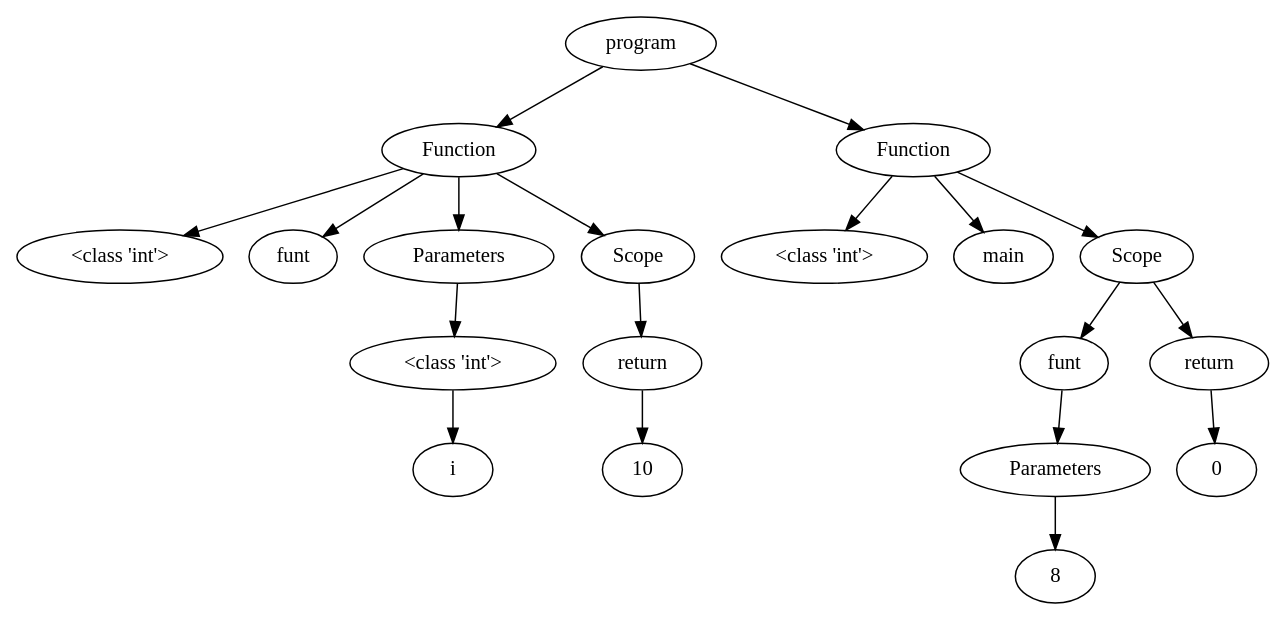
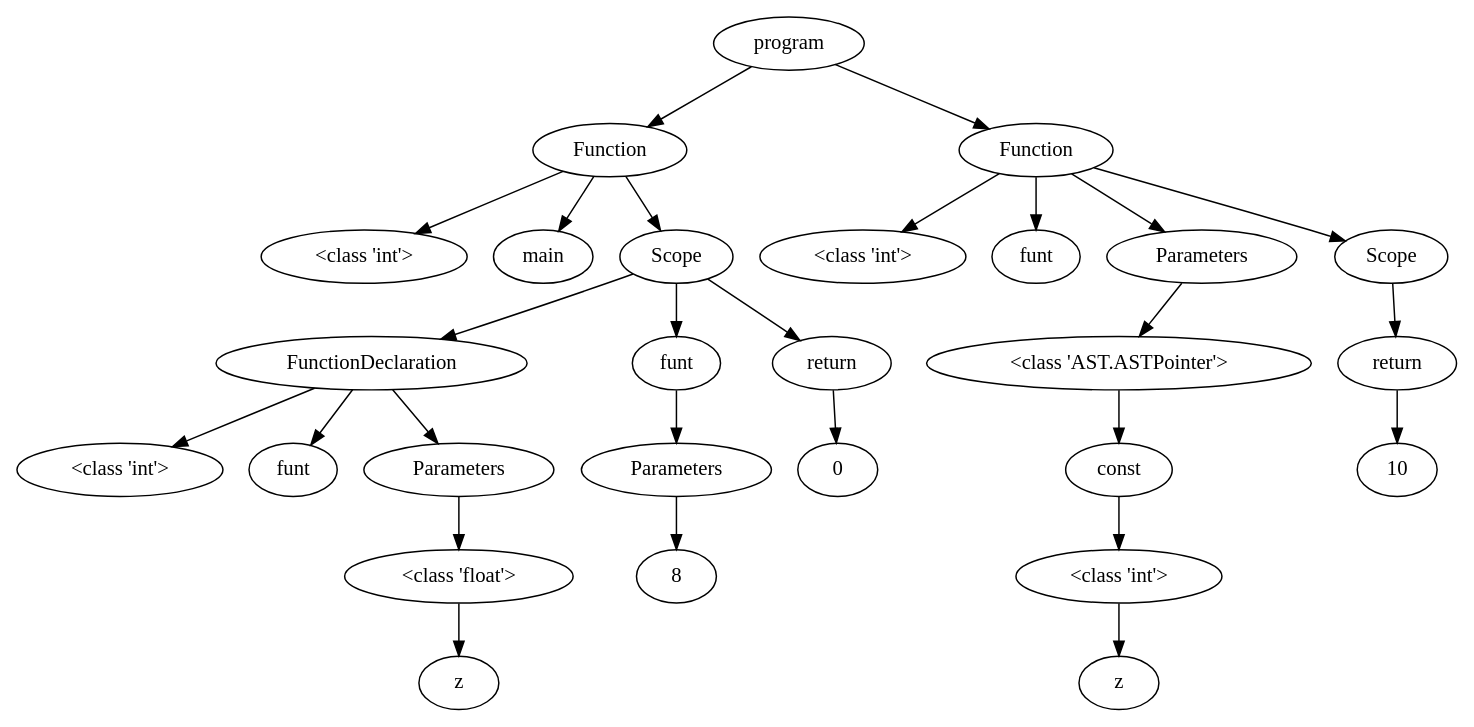
Before and after one commit to NielsVandenBroeck/COMP_Compiler: the diagram in OutputFiles/dotVisualization.dot, drawn with Graphviz. The commit also changed 2 other files, not shown here.

Commit message:
forward declaration

```diff
--- a/OutputFiles/dotVisualization.dot
+++ b/OutputFiles/dotVisualization.dot
@@ -1,49 +1,70 @@
 digraph G { 
-"<AST.AST object at 0x0000017E8E4C47C0> (0)"[label="program"]
-"<AST.ASTFunction object at 0x0000017E8E4C4A30> (1)"[label="Function"]
-"<AST.AST object at 0x0000017E8E4C47C0> (0)"->"<AST.ASTFunction object at 0x0000017E8E4C4A30> (1)"
-"<AST.ASTFunction object at 0x0000017E8E4C4A30> (1)"[label="Function"]
-"<AST.ASTDataType object at 0x0000017E8E4C41C0> (2)"[label="<class 'int'>"]
-"<AST.ASTFunction object at 0x0000017E8E4C4A30> (1)"->"<AST.ASTDataType object at 0x0000017E8E4C41C0> (2)"
-"<AST.ASTFunctionName object at 0x0000017E8E4C4550> (2)"[label="funt"]
-"<AST.ASTFunction object at 0x0000017E8E4C4A30> (1)"->"<AST.ASTFunctionName object at 0x0000017E8E4C4550> (2)"
-"<AST.ASTParameters object at 0x0000017E8E4C46D0> (2)"[label="Parameters"]
-"<AST.ASTFunction object at 0x0000017E8E4C4A30> (1)"->"<AST.ASTParameters object at 0x0000017E8E4C46D0> (2)"
-"<AST.ASTParameters object at 0x0000017E8E4C46D0> (2)"[label="Parameters"]
-"<AST.ASTDataType object at 0x0000017E8E4C4C10> (3)"[label="<class 'int'>"]
-"<AST.ASTParameters object at 0x0000017E8E4C46D0> (2)"->"<AST.ASTDataType object at 0x0000017E8E4C4C10> (3)"
-"<AST.ASTDataType object at 0x0000017E8E4C4C10> (3)"[label="<class 'int'>"]
-"<AST.ASTVariable object at 0x0000017E8E4C4970> (4)"[label="i"]
-"<AST.ASTDataType object at 0x0000017E8E4C4C10> (3)"->"<AST.ASTVariable object at 0x0000017E8E4C4970> (4)"
-"<AST.ASTScope object at 0x0000017E8E4C4A90> (2)"[label="Scope"]
-"<AST.ASTFunction object at 0x0000017E8E4C4A30> (1)"->"<AST.ASTScope object at 0x0000017E8E4C4A90> (2)"
-"<AST.ASTScope object at 0x0000017E8E4C4A90> (2)"[label="Scope"]
-"<AST.ASTReturn object at 0x0000017E8E4C4520> (3)"[label="return"]
-"<AST.ASTScope object at 0x0000017E8E4C4A90> (2)"->"<AST.ASTReturn object at 0x0000017E8E4C4520> (3)"
-"<AST.ASTReturn object at 0x0000017E8E4C4520> (3)"[label="return"]
-"<AST.AST object at 0x0000017E8E4C4190> (4)"[label="10"]
-"<AST.ASTReturn object at 0x0000017E8E4C4520> (3)"->"<AST.AST object at 0x0000017E8E4C4190> (4)"
-"<AST.ASTFunction object at 0x0000017E8E4C4700> (1)"[label="Function"]
-"<AST.AST object at 0x0000017E8E4C47C0> (0)"->"<AST.ASTFunction object at 0x0000017E8E4C4700> (1)"
-"<AST.ASTFunction object at 0x0000017E8E4C4700> (1)"[label="Function"]
-"<AST.ASTDataType object at 0x0000017E8E4C4A00> (2)"[label="<class 'int'>"]
-"<AST.ASTFunction object at 0x0000017E8E4C4700> (1)"->"<AST.ASTDataType object at 0x0000017E8E4C4A00> (2)"
-"<AST.ASTFunctionName object at 0x0000017E8E4C4160> (2)"[label="main"]
-"<AST.ASTFunction object at 0x0000017E8E4C4700> (1)"->"<AST.ASTFunctionName object at 0x0000017E8E4C4160> (2)"
-"<AST.ASTScope object at 0x0000017E8E4C4070> (2)"[label="Scope"]
-"<AST.ASTFunction object at 0x0000017E8E4C4700> (1)"->"<AST.ASTScope object at 0x0000017E8E4C4070> (2)"
-"<AST.ASTScope object at 0x0000017E8E4C4070> (2)"[label="Scope"]
-"<AST.ASTFunctionName object at 0x0000017E8E4C4940> (3)"[label="funt"]
-"<AST.ASTScope object at 0x0000017E8E4C4070> (2)"->"<AST.ASTFunctionName object at 0x0000017E8E4C4940> (3)"
-"<AST.ASTFunctionName object at 0x0000017E8E4C4940> (3)"[label="funt"]
-"<AST.ASTParameters object at 0x0000017E8E4C4310> (4)"[label="Parameters"]
-"<AST.ASTFunctionName object at 0x0000017E8E4C4940> (3)"->"<AST.ASTParameters object at 0x0000017E8E4C4310> (4)"
-"<AST.ASTParameters object at 0x0000017E8E4C4310> (4)"[label="Parameters"]
-"<AST.AST object at 0x0000017E8E4C42E0> (5)"[label="8"]
-"<AST.ASTParameters object at 0x0000017E8E4C4310> (4)"->"<AST.AST object at 0x0000017E8E4C42E0> (5)"
-"<AST.ASTReturn object at 0x0000017E8E4C44C0> (3)"[label="return"]
-"<AST.ASTScope object at 0x0000017E8E4C4070> (2)"->"<AST.ASTReturn object at 0x0000017E8E4C44C0> (3)"
-"<AST.ASTReturn object at 0x0000017E8E4C44C0> (3)"[label="return"]
-"<AST.AST object at 0x0000017E8E4C4AF0> (4)"[label="0"]
-"<AST.ASTReturn object at 0x0000017E8E4C44C0> (3)"->"<AST.AST object at 0x0000017E8E4C4AF0> (4)"
+"<AST.AST object at 0x00000196DCC918E0> (0)"[label="program"]
+"<AST.ASTFunction object at 0x00000196DCC91BB0> (1)"[label="Function"]
+"<AST.AST object at 0x00000196DCC918E0> (0)"->"<AST.ASTFunction object at 0x00000196DCC91BB0> (1)"
+"<AST.ASTFunction object at 0x00000196DCC91BB0> (1)"[label="Function"]
+"<AST.ASTDataType object at 0x00000196DCC91670> (2)"[label="<class 'int'>"]
+"<AST.ASTFunction object at 0x00000196DCC91BB0> (1)"->"<AST.ASTDataType object at 0x00000196DCC91670> (2)"
+"<AST.ASTFunctionName object at 0x00000196DCC91D60> (2)"[label="main"]
+"<AST.ASTFunction object at 0x00000196DCC91BB0> (1)"->"<AST.ASTFunctionName object at 0x00000196DCC91D60> (2)"
+"<AST.ASTScope object at 0x00000196DCC915E0> (2)"[label="Scope"]
+"<AST.ASTFunction object at 0x00000196DCC91BB0> (1)"->"<AST.ASTScope object at 0x00000196DCC915E0> (2)"
+"<AST.ASTScope object at 0x00000196DCC915E0> (2)"[label="Scope"]
+"<AST.ASTForwardDeclaration object at 0x00000196DCC91610> (3)"[label="FunctionDeclaration"]
+"<AST.ASTScope object at 0x00000196DCC915E0> (2)"->"<AST.ASTForwardDeclaration object at 0x00000196DCC91610> (3)"
+"<AST.ASTForwardDeclaration object at 0x00000196DCC91610> (3)"[label="FunctionDeclaration"]
+"<AST.ASTDataType object at 0x00000196DCC911F0> (4)"[label="<class 'int'>"]
+"<AST.ASTForwardDeclaration object at 0x00000196DCC91610> (3)"->"<AST.ASTDataType object at 0x00000196DCC911F0> (4)"
+"<AST.ASTFunctionName object at 0x00000196DCC91370> (4)"[label="funt"]
+"<AST.ASTForwardDeclaration object at 0x00000196DCC91610> (3)"->"<AST.ASTFunctionName object at 0x00000196DCC91370> (4)"
+"<AST.ASTParameters object at 0x00000196DCC91640> (4)"[label="Parameters"]
+"<AST.ASTForwardDeclaration object at 0x00000196DCC91610> (3)"->"<AST.ASTParameters object at 0x00000196DCC91640> (4)"
+"<AST.ASTParameters object at 0x00000196DCC91640> (4)"[label="Parameters"]
+"<AST.ASTDataType object at 0x00000196DCC91BE0> (5)"[label="<class 'float'>"]
+"<AST.ASTParameters object at 0x00000196DCC91640> (4)"->"<AST.ASTDataType object at 0x00000196DCC91BE0> (5)"
+"<AST.ASTDataType object at 0x00000196DCC91BE0> (5)"[label="<class 'float'>"]
+"<AST.ASTVariable object at 0x00000196DCC91190> (6)"[label="z"]
+"<AST.ASTDataType object at 0x00000196DCC91BE0> (5)"->"<AST.ASTVariable object at 0x00000196DCC91190> (6)"
+"<AST.ASTFunctionName object at 0x00000196DCC911C0> (3)"[label="funt"]
+"<AST.ASTScope object at 0x00000196DCC915E0> (2)"->"<AST.ASTFunctionName object at 0x00000196DCC911C0> (3)"
+"<AST.ASTFunctionName object at 0x00000196DCC911C0> (3)"[label="funt"]
+"<AST.ASTParameters object at 0x00000196DCC91700> (4)"[label="Parameters"]
+"<AST.ASTFunctionName object at 0x00000196DCC911C0> (3)"->"<AST.ASTParameters object at 0x00000196DCC91700> (4)"
+"<AST.ASTParameters object at 0x00000196DCC91700> (4)"[label="Parameters"]
+"<AST.AST object at 0x00000196DCC91130> (5)"[label="8"]
+"<AST.ASTParameters object at 0x00000196DCC91700> (4)"->"<AST.AST object at 0x00000196DCC91130> (5)"
+"<AST.ASTReturn object at 0x00000196DCC916A0> (3)"[label="return"]
+"<AST.ASTScope object at 0x00000196DCC915E0> (2)"->"<AST.ASTReturn object at 0x00000196DCC916A0> (3)"
+"<AST.ASTReturn object at 0x00000196DCC916A0> (3)"[label="return"]
+"<AST.AST object at 0x00000196DCC91C70> (4)"[label="0"]
+"<AST.ASTReturn object at 0x00000196DCC916A0> (3)"->"<AST.AST object at 0x00000196DCC91C70> (4)"
+"<AST.ASTFunction object at 0x00000196DCC91430> (1)"[label="Function"]
+"<AST.AST object at 0x00000196DCC918E0> (0)"->"<AST.ASTFunction object at 0x00000196DCC91430> (1)"
+"<AST.ASTFunction object at 0x00000196DCC91430> (1)"[label="Function"]
+"<AST.ASTDataType object at 0x00000196DCC91490> (2)"[label="<class 'int'>"]
+"<AST.ASTFunction object at 0x00000196DCC91430> (1)"->"<AST.ASTDataType object at 0x00000196DCC91490> (2)"
+"<AST.ASTFunctionName object at 0x00000196DCC91EE0> (2)"[label="funt"]
+"<AST.ASTFunction object at 0x00000196DCC91430> (1)"->"<AST.ASTFunctionName object at 0x00000196DCC91EE0> (2)"
+"<AST.ASTParameters object at 0x00000196DCC8D1C0> (2)"[label="Parameters"]
+"<AST.ASTFunction object at 0x00000196DCC91430> (1)"->"<AST.ASTParameters object at 0x00000196DCC8D1C0> (2)"
+"<AST.ASTParameters object at 0x00000196DCC8D1C0> (2)"[label="Parameters"]
+"<AST.ASTPointer object at 0x00000196DCC8D310> (3)"[label="<class 'AST.ASTPointer'>"]
+"<AST.ASTParameters object at 0x00000196DCC8D1C0> (2)"->"<AST.ASTPointer object at 0x00000196DCC8D310> (3)"
+"<AST.ASTPointer object at 0x00000196DCC8D310> (3)"[label="<class 'AST.ASTPointer'>"]
+"<AST.ASTConst object at 0x00000196DCC8D100> (4)"[label="const"]
+"<AST.ASTPointer object at 0x00000196DCC8D310> (3)"->"<AST.ASTConst object at 0x00000196DCC8D100> (4)"
+"<AST.ASTConst object at 0x00000196DCC8D100> (4)"[label="const"]
+"<AST.ASTDataType object at 0x00000196DCC8D280> (5)"[label="<class 'int'>"]
+"<AST.ASTConst object at 0x00000196DCC8D100> (4)"->"<AST.ASTDataType object at 0x00000196DCC8D280> (5)"
+"<AST.ASTDataType object at 0x00000196DCC8D280> (5)"[label="<class 'int'>"]
+"<AST.ASTVariable object at 0x00000196DCC8D220> (6)"[label="z"]
+"<AST.ASTDataType object at 0x00000196DCC8D280> (5)"->"<AST.ASTVariable object at 0x00000196DCC8D220> (6)"
+"<AST.ASTScope object at 0x00000196DCC8D1F0> (2)"[label="Scope"]
+"<AST.ASTFunction object at 0x00000196DCC91430> (1)"->"<AST.ASTScope object at 0x00000196DCC8D1F0> (2)"
+"<AST.ASTScope object at 0x00000196DCC8D1F0> (2)"[label="Scope"]
+"<AST.ASTReturn object at 0x00000196DCC8D3D0> (3)"[label="return"]
+"<AST.ASTScope object at 0x00000196DCC8D1F0> (2)"->"<AST.ASTReturn object at 0x00000196DCC8D3D0> (3)"
+"<AST.ASTReturn object at 0x00000196DCC8D3D0> (3)"[label="return"]
+"<AST.AST object at 0x00000196DCC8D4C0> (4)"[label="10"]
+"<AST.ASTReturn object at 0x00000196DCC8D3D0> (3)"->"<AST.AST object at 0x00000196DCC8D4C0> (4)"
 }
```
